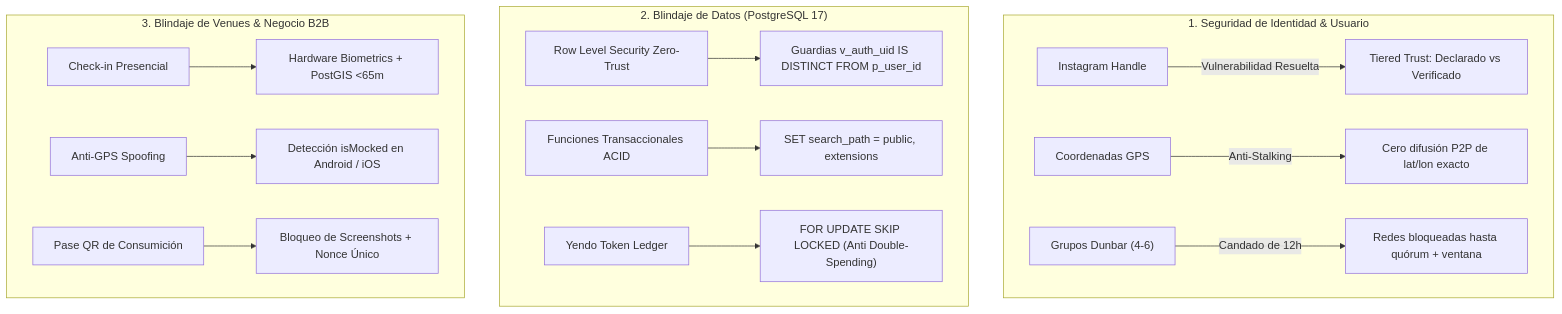
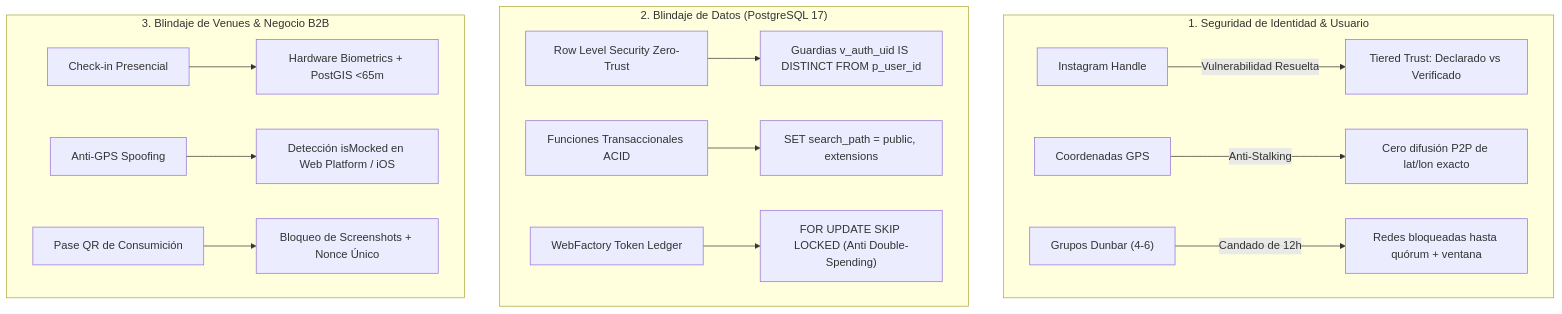
Before and after one commit to thunderalbatros/web-software-factory: the diagram in knowledge/cybersecurity/CANON_IDENTITY_AND_OAUTH_CYBERSECURITY_AUDIT_2026.md, drawn with Mermaid. The commit also changed other lines of this file and 366 other files, not shown here.

Commit message:
feat(factory): complete SOTA 2026 Web Software Factory v2.2.0, O(1) Omni-RAG v5.2, W3C DTCG compiler, and 6-ring agentic harness

````diff
--- a/knowledge/cybersecurity/CANON_IDENTITY_AND_OAUTH_CYBERSECURITY_AUDIT_2026.md
+++ b/knowledge/cybersecurity/CANON_IDENTITY_AND_OAUTH_CYBERSECURITY_AUDIT_2026.md
@@ -28,20 +28,20 @@
 ```mermaid
 flowchart TD
     subgraph CapaUsuario ["1. Seguridad de Identidad & Usuario"]
         IG["Instagram Handle"] -->|Vulnerabilidad Resuelta| TIER["Tiered Trust: Declarado vs Verificado"]
         GPS["Coordenadas GPS"] -->|Anti-Stalking| PRIV["Cero difusión P2P de lat/lon exacto"]
         CHAT["Grupos Dunbar (4-6)"] -->|Candado de 12h| LOCK["Redes bloqueadas hasta quórum + ventana"]
     end
 
     subgraph CapaBaseDatos ["2. Blindaje de Datos (PostgreSQL 17)"]
         RLS["Row Level Security Zero-Trust"] --> IDOR["Guardias v_auth_uid IS DISTINCT FROM p_user_id"]
         RPC["Funciones Transaccionales ACID"] --> SEARCH["SET search_path = public, extensions"]
-        LEDGER["Yendo Token Ledger"] --> FORUPDATE["FOR UPDATE SKIP LOCKED (Anti Double-Spending)"]
+        LEDGER["WebFactory Token Ledger"] --> FORUPDATE["FOR UPDATE SKIP LOCKED (Anti Double-Spending)"]
     end
 
     subgraph CapaComercio ["3. Blindaje de Venues & Negocio B2B"]
         CHECKIN["Check-in Presencial"] --> HARDWARE["Hardware Biometrics + PostGIS <65m"]
-        SPOOF["Anti-GPS Spoofing"] --> MOCK["Detección isMocked en Android / iOS"]
+        SPOOF["Anti-GPS Spoofing"] --> MOCK["Detección isMocked en Web Platform / iOS"]
         PASS["Pase QR de Consumición"] --> CAPTURE["Bloqueo de Screenshots + Nonce Único"]
     end
 ```
````
